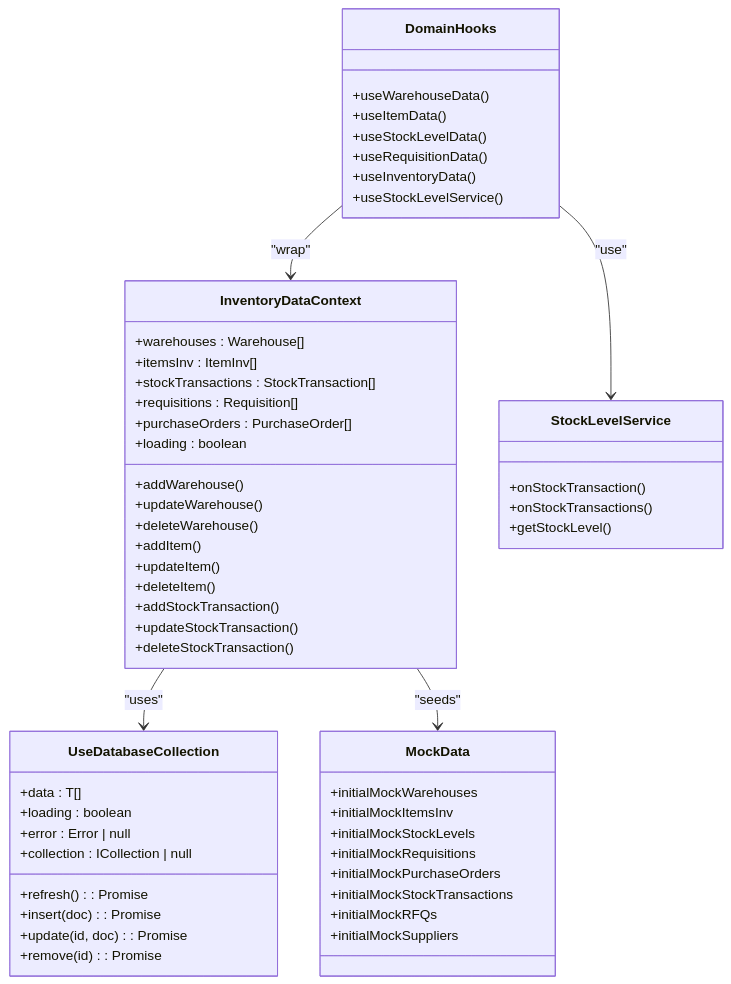
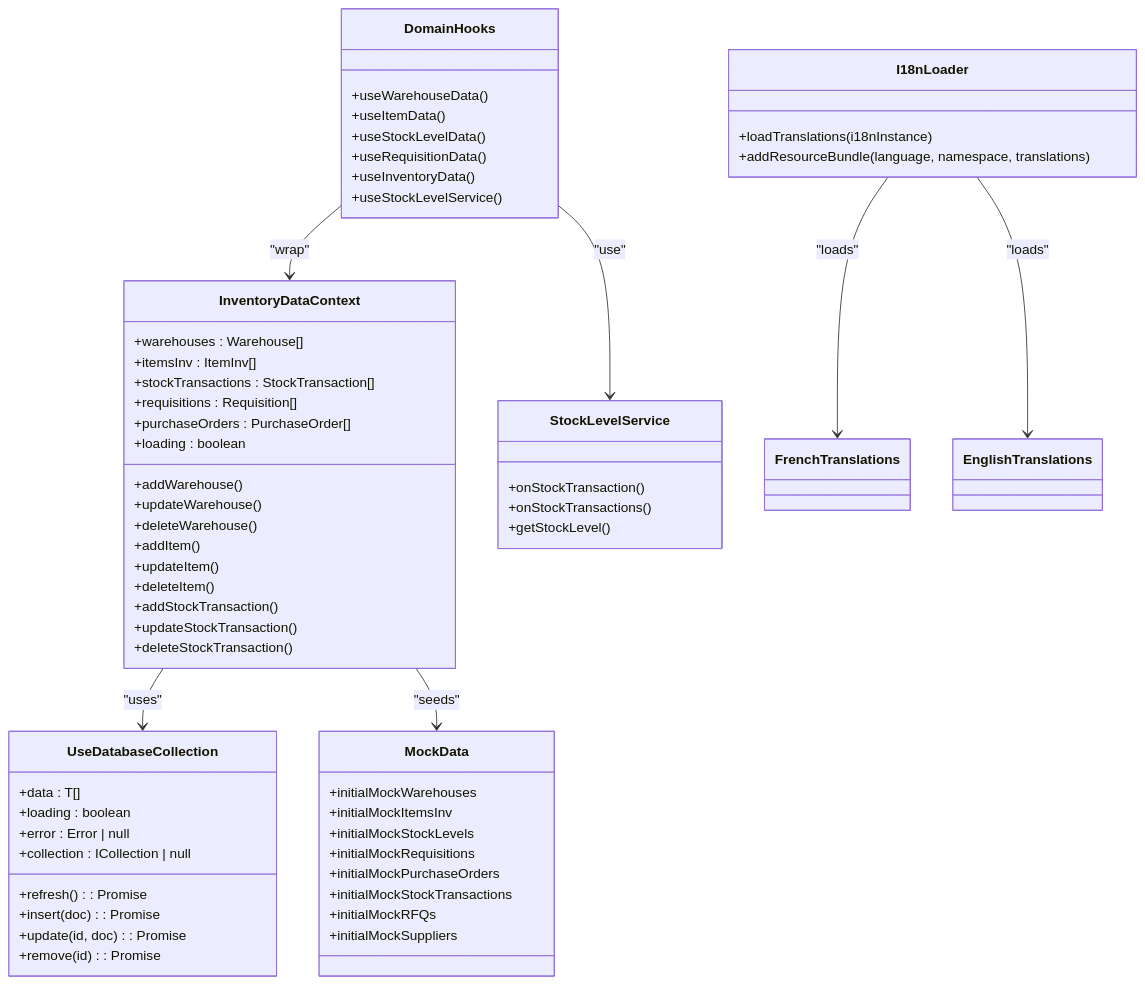
The eighth of 10 diagrams in .qoder/repowiki/en/content/Modules System/Inventory Module.md (geniusdynamics/schoolpilot), drawn with Mermaid before and after one commit. The commit also changed other lines of this file and 16 other files, not shown here.

````diff
--- a/.qoder/repowiki/en/content/Modules System/Inventory Module.md
+++ b/.qoder/repowiki/en/content/Modules System/Inventory Module.md
@@ -751,57 +806,63 @@
 ```mermaid
 classDiagram
 class InventoryDataContext {
 +warehouses : Warehouse[]
 +itemsInv : ItemInv[]
 +stockTransactions : StockTransaction[]
 +requisitions : Requisition[]
 +purchaseOrders : PurchaseOrder[]
 +loading : boolean
 +addWarehouse()
 +updateWarehouse()
 +deleteWarehouse()
 +addItem()
 +updateItem()
 +deleteItem()
 +addStockTransaction()
 +updateStockTransaction()
 +deleteStockTransaction()
 }
 class StockLevelService {
 +onStockTransaction()
 +onStockTransactions()
 +getStockLevel()
 }
 class UseDatabaseCollection {
 +data : T[]
 +loading : boolean
 +error : Error | null
 +refresh() : Promise<void>
 +insert(doc) : Promise<T | null>
 +update(id, doc) : Promise<T | null>
 +remove(id) : Promise<boolean>
 +collection : ICollection<T> | null
 }
 class DomainHooks {
 +useWarehouseData()
 +useItemData()
 +useStockLevelData()
 +useRequisitionData()
 +useInventoryData()
 +useStockLevelService()
 }
 class MockData {
 +initialMockWarehouses
 +initialMockItemsInv
 +initialMockStockLevels
 +initialMockRequisitions
 +initialMockPurchaseOrders
 +initialMockStockTransactions
 +initialMockRFQs
 +initialMockSuppliers
 }
+class I18nLoader {
++loadTranslations(i18nInstance)
++addResourceBundle(language, namespace, translations)
+}
 InventoryDataContext --> UseDatabaseCollection : "uses"
 InventoryDataContext --> MockData : "seeds"
 DomainHooks --> InventoryDataContext : "wrap"
 DomainHooks --> StockLevelService : "use"
+I18nLoader --> FrenchTranslations : "loads"
+I18nLoader --> EnglishTranslations : "loads"
 ```
````
